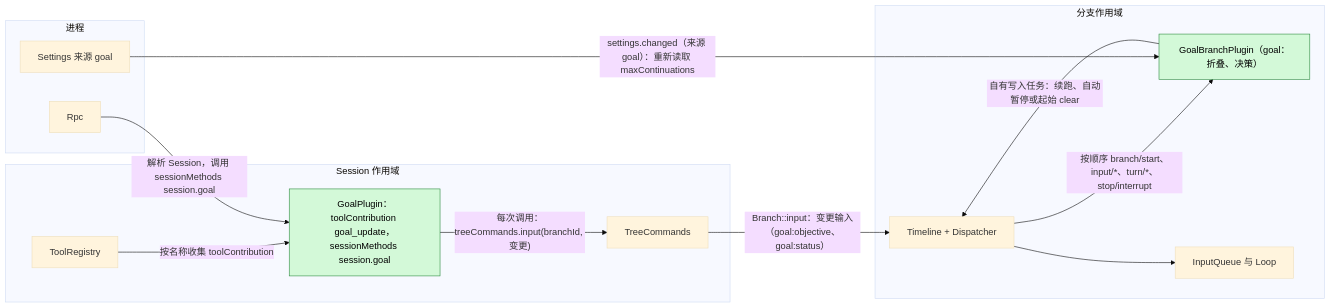
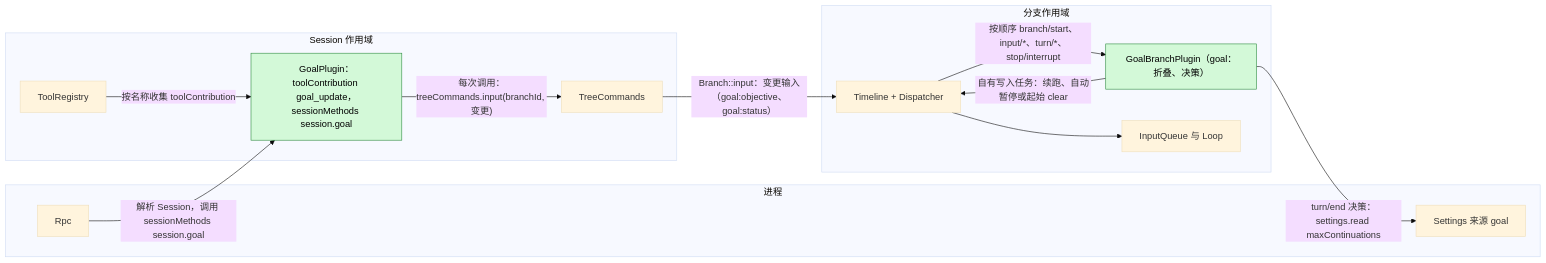
Before and after one commit to CoutinhoTTS/dim-agent: the first of 7 diagrams in docs/zh/design/plugins/Goal.md, drawn with Mermaid (base theme). The commit also changed other lines of this file and 4 other files, not shown here.

Commit message:
fix(goal): read continuation limits at decision time

````diff
--- a/docs/zh/design/plugins/Goal.md
+++ b/docs/zh/design/plugins/Goal.md
@@ -11,26 +11,26 @@
 ```mermaid
 flowchart LR
   subgraph PROC["进程"]
     Rpc["Rpc"]
     Settings["Settings 来源 goal"]
   end
   subgraph SESS["Session 作用域"]
     GS["GoalPlugin：toolContribution goal_update，sessionMethods session.goal"]:::new
     TR["ToolRegistry"]
     TC["TreeCommands"]
   end
   subgraph BR["分支作用域"]
     GB["GoalBranchPlugin（goal：折叠、决策）"]:::new
     TL["Timeline + Dispatcher"]
     IQ["InputQueue 与 Loop"]
   end
   TR -- "按名称收集 toolContribution" --> GS
   Rpc -- "解析 Session，调用 sessionMethods session.goal" --> GS
   GS -- "每次调用：treeCommands.input(branchId, 变更)" --> TC
   TC -- "Branch::input：变更输入（goal:objective、goal:status）" --> TL
   TL -- "按顺序 branch/start、input/*、turn/*、stop/interrupt" --> GB
   GB -- "自有写入任务：续跑、自动暂停或起始 clear" --> TL
-  Settings -- "settings.changed（来源 goal）：重新读取 maxContinuations" --> GB
+  GB -- "turn/end 决策：settings.read maxContinuations" --> Settings
   TL --> IQ
   classDef new fill:#d3f9d8,stroke:#2b8a3e,color:#000
 ```
````
